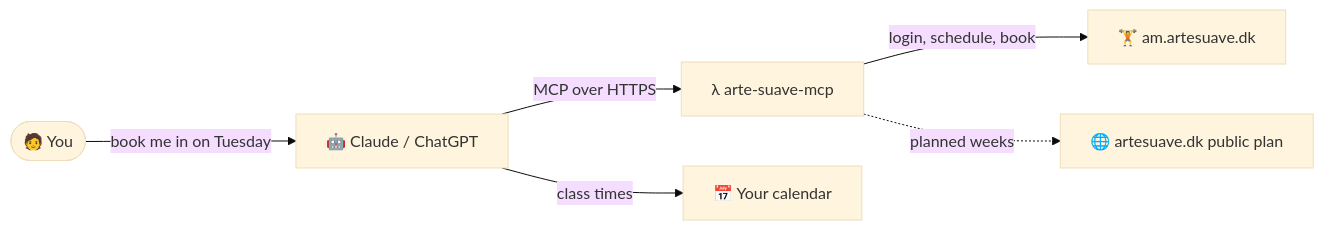
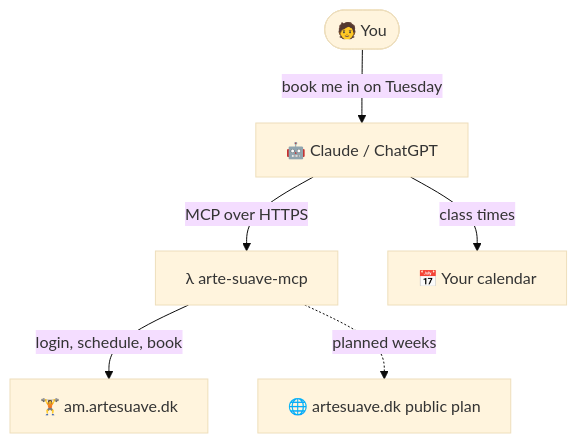
The first of 2 diagrams in README.md (Olafcito/arte-suave-mcp), drawn with Mermaid (base theme) before and after one commit. The commit also changed other lines of this file, not shown here.

First line of the commit message:
README: vertical flow diagram, prerequisites, tech stack, architecture heading (#10)

````diff
--- a/README.md
+++ b/README.md
@@ -16,8 +16,8 @@
 ```mermaid
-flowchart LR
+flowchart TB
     U(["🧑 You"]) -- "book me in on Tuesday" --> A["🤖 Claude / ChatGPT"]
-    A -- MCP over HTTPS --> L["λ arte-suave-mcp"]
-    L -- login, schedule, book --> P["🏋️ am.artesuave.dk"]
-    L -. planned weeks .-> W["🌐 artesuave.dk public plan"]
-    A -- class times --> C["📅 Your calendar"]
+    A -- "MCP over HTTPS" --> L["λ arte-suave-mcp"]
+    A -- "class times" --> C["📅 Your calendar"]
+    L -- "login, schedule, book" --> P["🏋️ am.artesuave.dk"]
+    L -. "planned weeks" .-> W["🌐 artesuave.dk public plan"]
 ```
````
